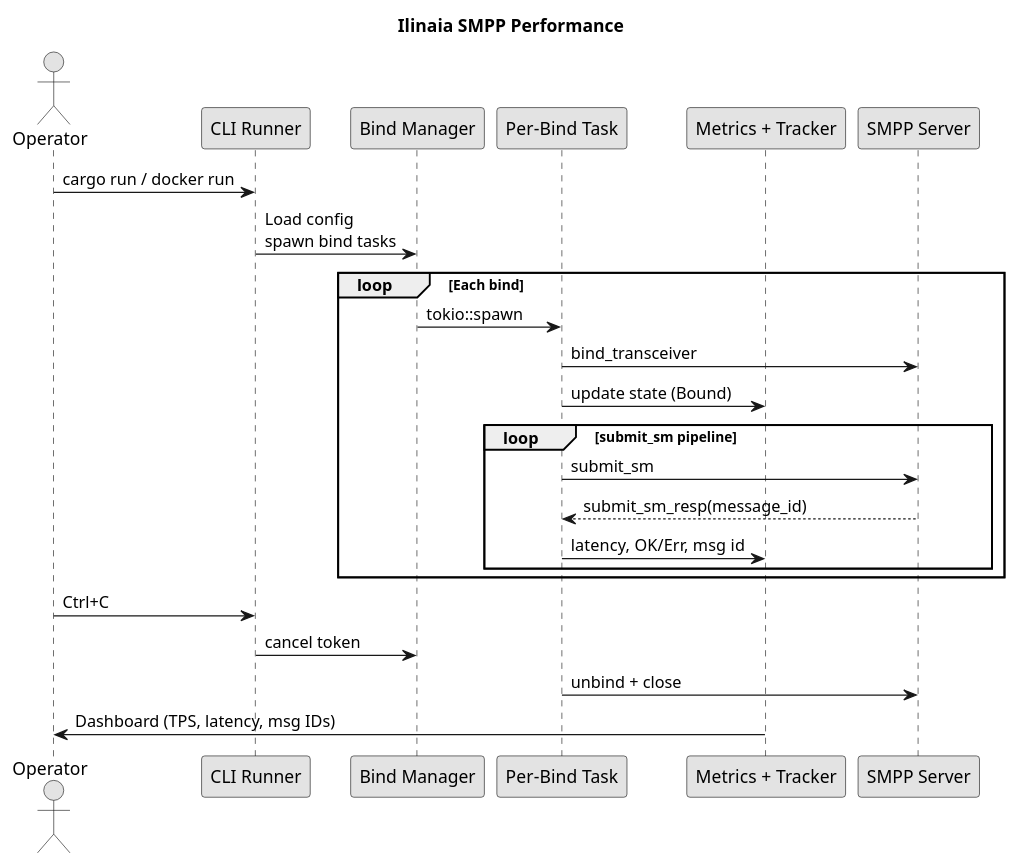
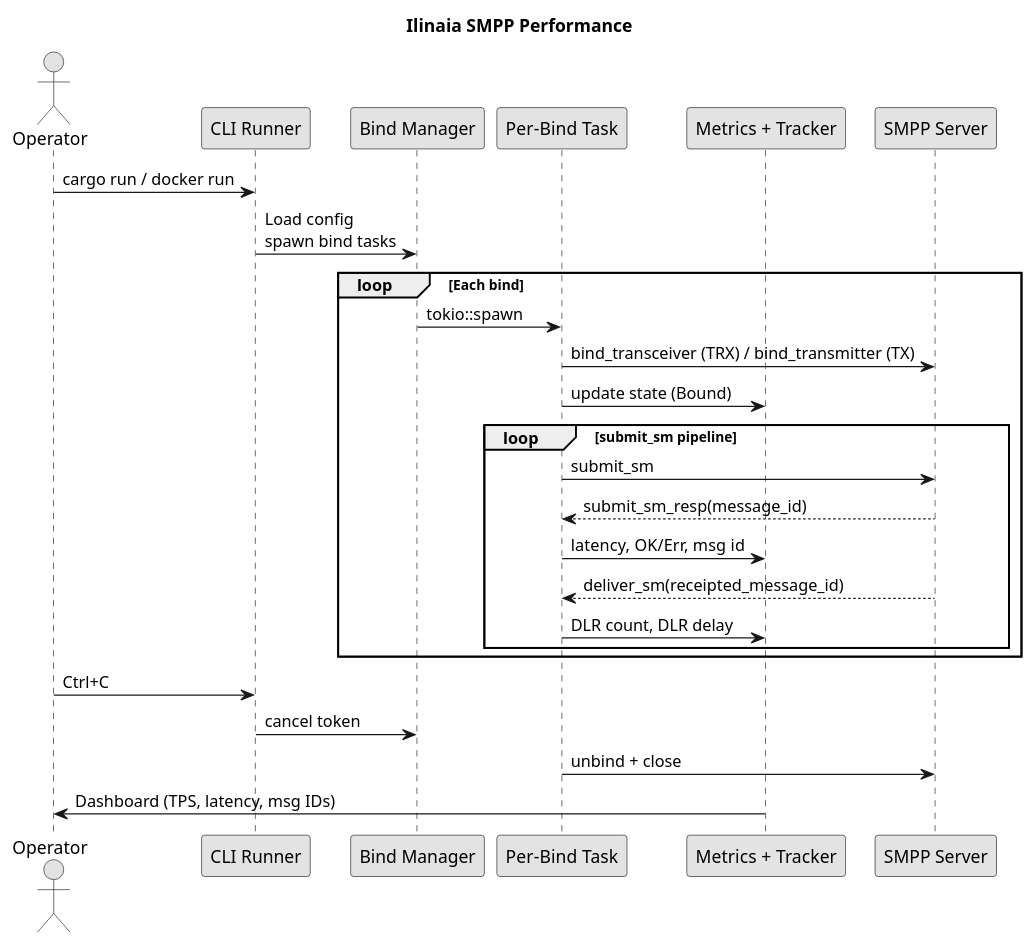
The diagram in docs/architecture.puml (ilinaya/ilinaia-smpp-performance), drawn with PlantUML before and after one commit. The commit also changed 9 other files, not shown here.

First line of the commit message:
Add configurable `bind_type`, delivery receipt (DLR) support, and improve metrics tracking

```diff
--- a/docs/architecture.puml
+++ b/docs/architecture.puml
@@ -1,28 +1,30 @@
 @startuml IlinaiaSMPP
 skinparam monochrome true
 title Ilinaia SMPP Performance
 
 actor Operator
 participant "CLI Runner" as CLI
 participant "Bind Manager" as BindMgr
 participant "Per-Bind Task" as BindTask
 participant "Metrics + Tracker" as Metrics
 participant "SMPP Server" as SMSC
 
 Operator -> CLI : cargo run / docker run
 CLI -> BindMgr : Load config\nspawn bind tasks
 loop Each bind
     BindMgr -> BindTask : tokio::spawn
-    BindTask -> SMSC : bind_transceiver
+    BindTask -> SMSC : bind_transceiver (TRX) / bind_transmitter (TX)
     BindTask -> Metrics : update state (Bound)
     loop submit_sm pipeline
         BindTask -> SMSC : submit_sm
         SMSC --> BindTask : submit_sm_resp(message_id)
         BindTask -> Metrics : latency, OK/Err, msg id
+        SMSC --> BindTask : deliver_sm(receipted_message_id)
+        BindTask -> Metrics : DLR count, DLR delay
     end
 end
 Operator -> CLI : Ctrl+C
 CLI -> BindMgr : cancel token
 BindTask -> SMSC : unbind + close
 Metrics -> Operator : Dashboard (TPS, latency, msg IDs)
 @enduml
```
